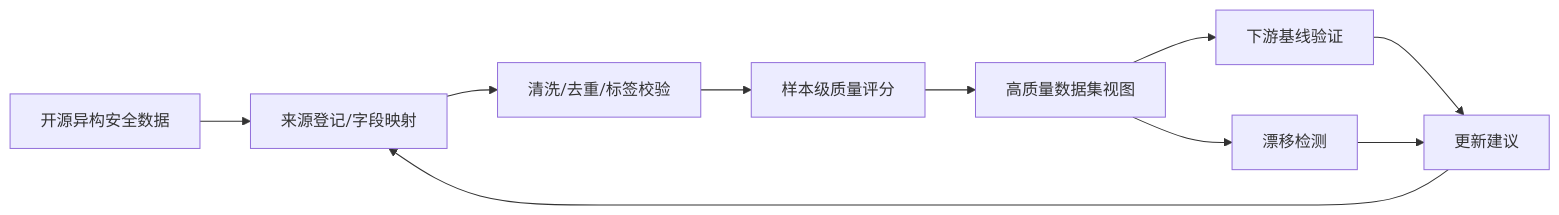
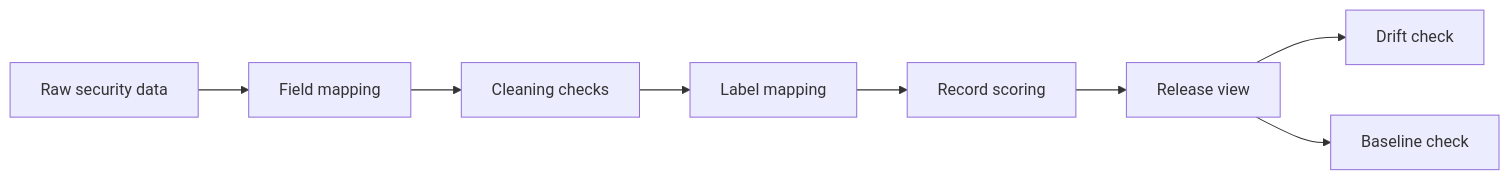
Before and after one commit to jinwenxin0001-gif/secdata-forge: the diagram in README.md, drawn with Mermaid. The commit also changed other lines of this file and 2 other files, not shown here.

````diff
--- a/README.md
+++ b/README.md
@@ -11,12 +18,10 @@
 ```mermaid
 flowchart LR
-  A["开源异构安全数据"] --> B["来源登记/字段映射"]
-  B --> C["清洗/去重/标签校验"]
-  C --> D["样本级质量评分"]
-  D --> E["高质量数据集视图"]
-  E --> F["下游基线验证"]
-  E --> G["漂移检测"]
-  F --> H["更新建议"]
-  G --> H
-  H --> B
+  A["Raw security data"] --> B["Field mapping"]
+  B --> C["Cleaning checks"]
+  C --> D["Label mapping"]
+  D --> E["Record scoring"]
+  E --> F["Release view"]
+  F --> G["Drift check"]
+  F --> H["Baseline check"]
 ```
````
